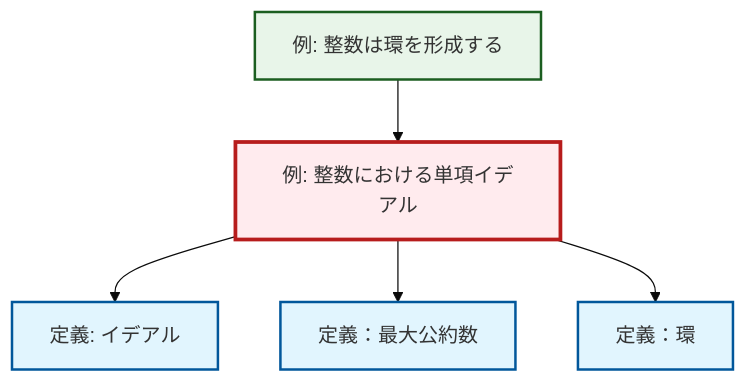
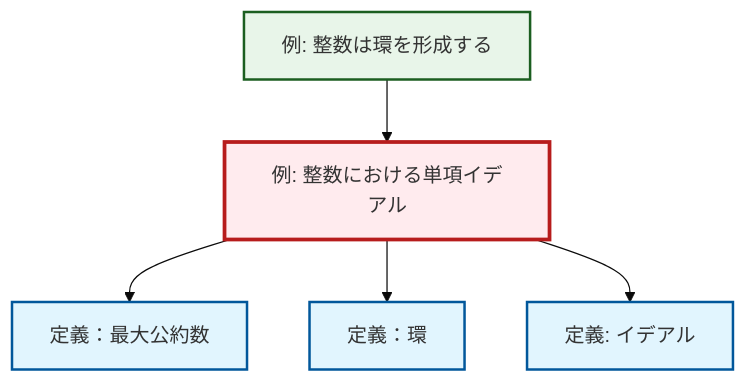
One commit to RK0429/ModernMath changed the diagram in content/ja/algebra/ex-principal-ideal.qmd. Above: the diagram before and after it, drawn with Mermaid (base theme). The commit also changed 672 other files, not shown here.

````diff
--- a/content/ja/algebra/ex-principal-ideal.qmd
+++ b/content/ja/algebra/ex-principal-ideal.qmd
@@ -64,23 +64,23 @@
 ```{mermaid}
-%%| fig-cap: "Local dependency graph"
+%%| fig-cap: "ローカル依存関係グラフ"
 graph TD
     classDef definition fill:#e1f5fe,stroke:#01579b,stroke-width:2px
     classDef theorem fill:#f3e5f5,stroke:#4a148c,stroke-width:2px
     classDef axiom fill:#fff3e0,stroke:#e65100,stroke-width:2px
     classDef example fill:#e8f5e9,stroke:#1b5e20,stroke-width:2px
     classDef current fill:#ffebee,stroke:#b71c1c,stroke-width:3px
-    ex-integers-ring["例: 整数は環を形成する"]:::example
-    def-gcd["定義：最大公約数"]:::definition
+    def-ideal["定義: イデアル"]:::definition
     def-ring["定義：環"]:::definition
     ex-principal-ideal["例: 整数における単項イデアル"]:::example
-    def-ideal["定義: イデアル"]:::definition
-    ex-principal-ideal --> def-ideal
+    def-gcd["定義：最大公約数"]:::definition
+    ex-integers-ring["例: 整数は環を形成する"]:::example
     ex-principal-ideal --> def-gcd
     ex-integers-ring --> ex-principal-ideal
     ex-principal-ideal --> def-ring
+    ex-principal-ideal --> def-ideal
     class ex-principal-ideal current
+    click def-ideal "def-ideal.html" "イデアルの定義へ"
+    click def-ring "def-ring.html" "定義：環へ"
+    click def-gcd "def-gcd.html" "定義：最大公約数へ"
     click ex-integers-ring "ex-integers-ring.html" "整数は環を形成するの例へ"
-    click def-gcd "def-gcd.html" "定義：最大公約数へ"
-    click def-ring "def-ring.html" "定義：環へ"
-    click def-ideal "def-ideal.html" "イデアルの定義へ"
 ```
````
